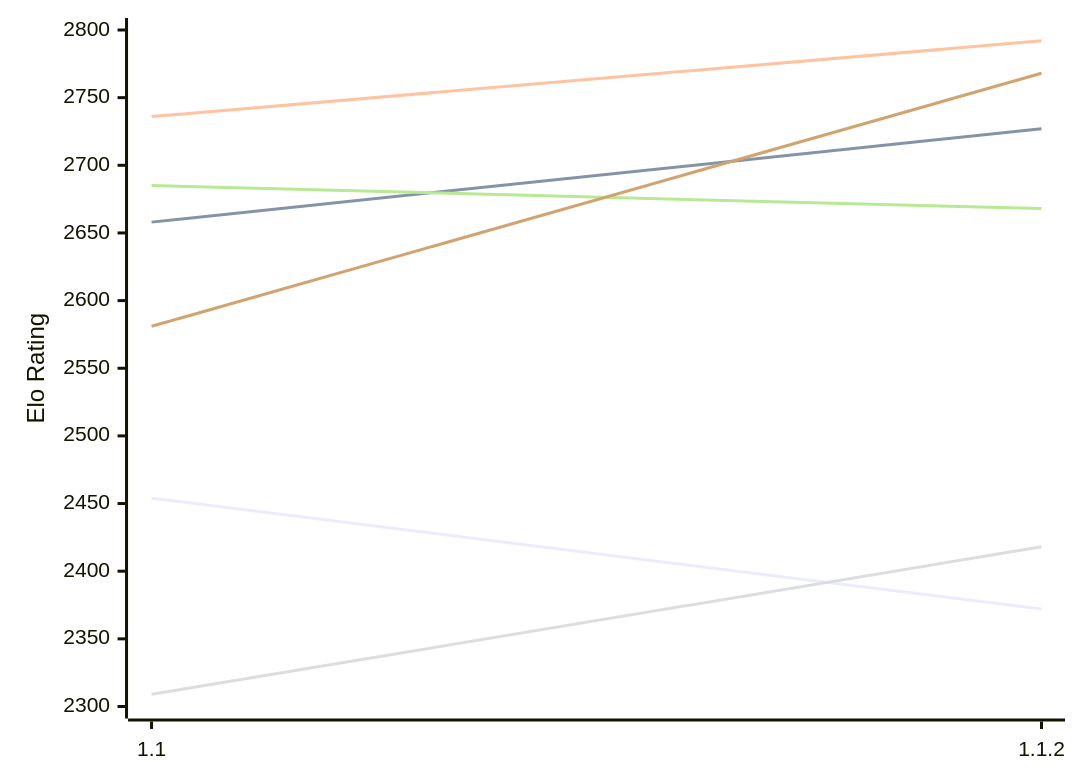
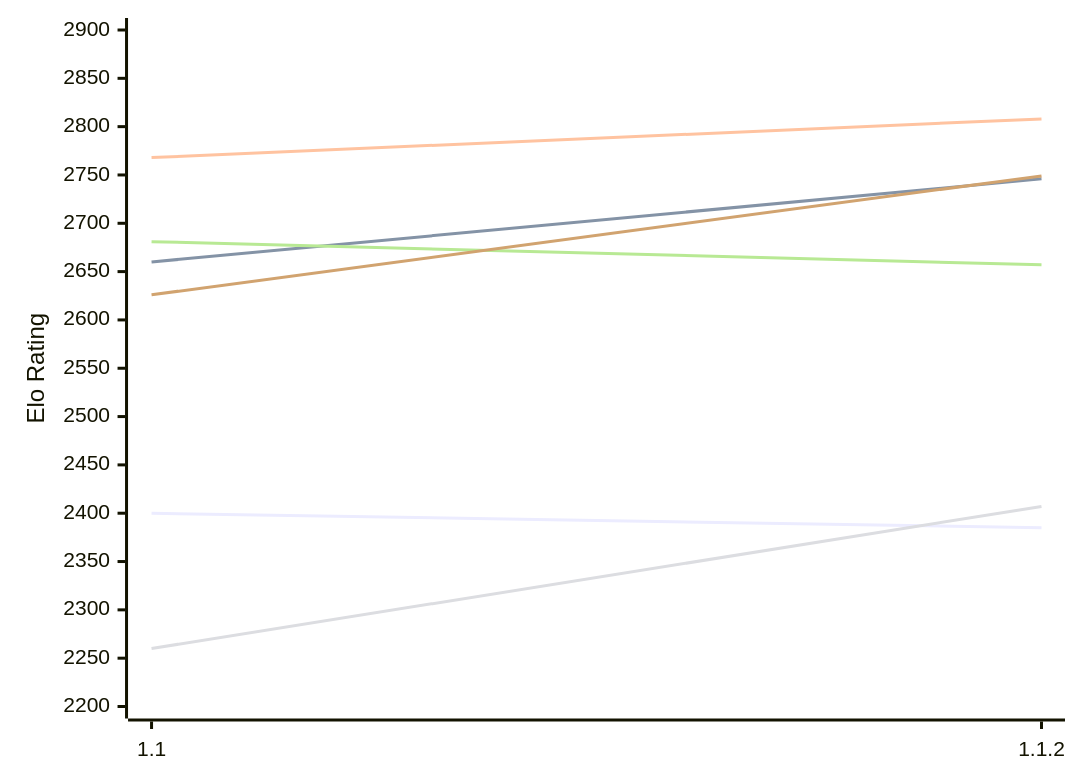
The first of 2 diagrams in engines/Casanchess.md (computer-chess-index/cci), drawn with Mermaid before and after one commit. The commit also changed other lines of this file, not shown here.

Commit message:
Update CCI Ratings (ELO VLTC) - 2026-11-14

````diff
--- a/engines/Casanchess.md
+++ b/engines/Casanchess.md
@@ -51,12 +51,12 @@
 ```mermaid
 %%{init: {"theme":"base","themeVariables":{"seriesColors:['#a3a3a3','#222221','#faa371']}}}%%
 xychart-beta
   x-axis ["1.1", "1.1.2"]
-  y-axis "Elo Rating" 2300 --> 2800
-  line "E1: STC (8.0+0.08s)" [2454, 2372]
-  line "E1: LTC (60.0+0.60s)" [2658, 2727]
-  line "E1: VLTC (2m24s+1.12s)" [2736, 2792]
-  line "P1: STC (8.0+0.08s)" [2309, 2418]
-  line "P1: LTC (60.0+0.60s)" [2685, 2668]
-  line "P1: VLTC (2m24s+1.12s)" [2581, 2768]
+  y-axis "Elo Rating" 2200 --> 2900
+  line "E1: STC (8.0+0.08s)" [2400, 2385]
+  line "E1: LTC (60.0+0.60s)" [2660, 2746]
+  line "E1: VLTC (2m24s+1.12s)" [2768, 2808]
+  line "P1: STC (8.0+0.08s)" [2260, 2407]
+  line "P1: LTC (60.0+0.60s)" [2681, 2657]
+  line "P1: VLTC (2m24s+1.12s)" [2626, 2749]
 ```
````
